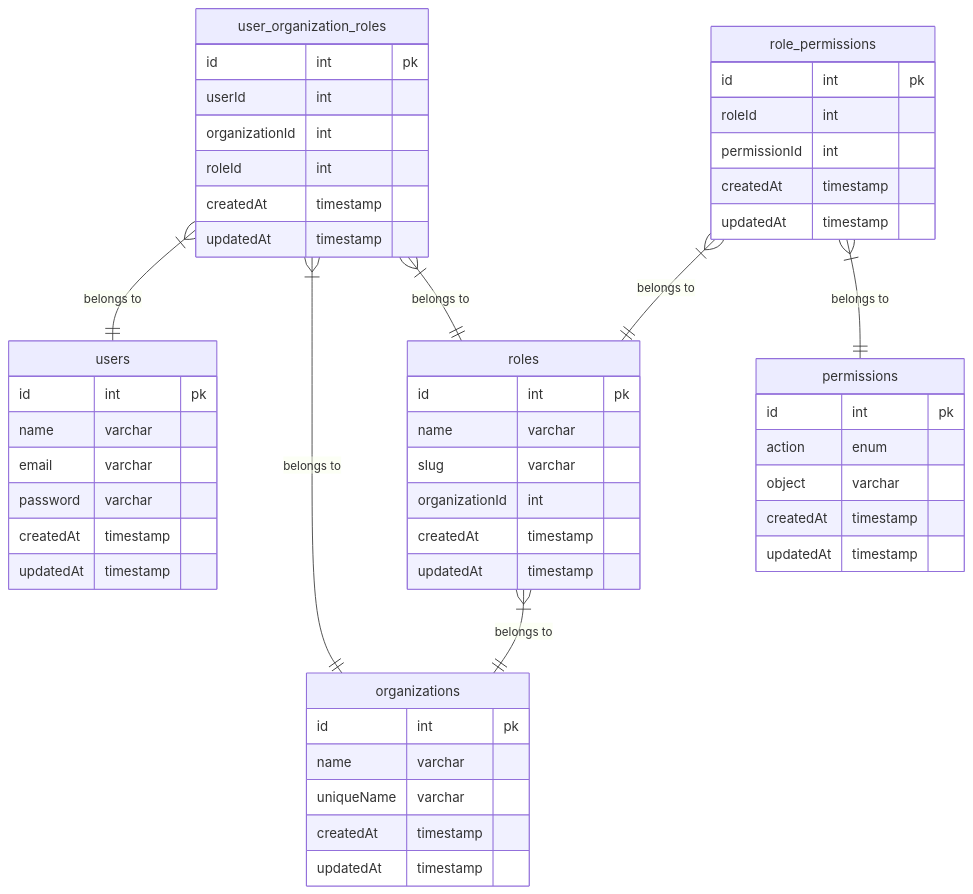
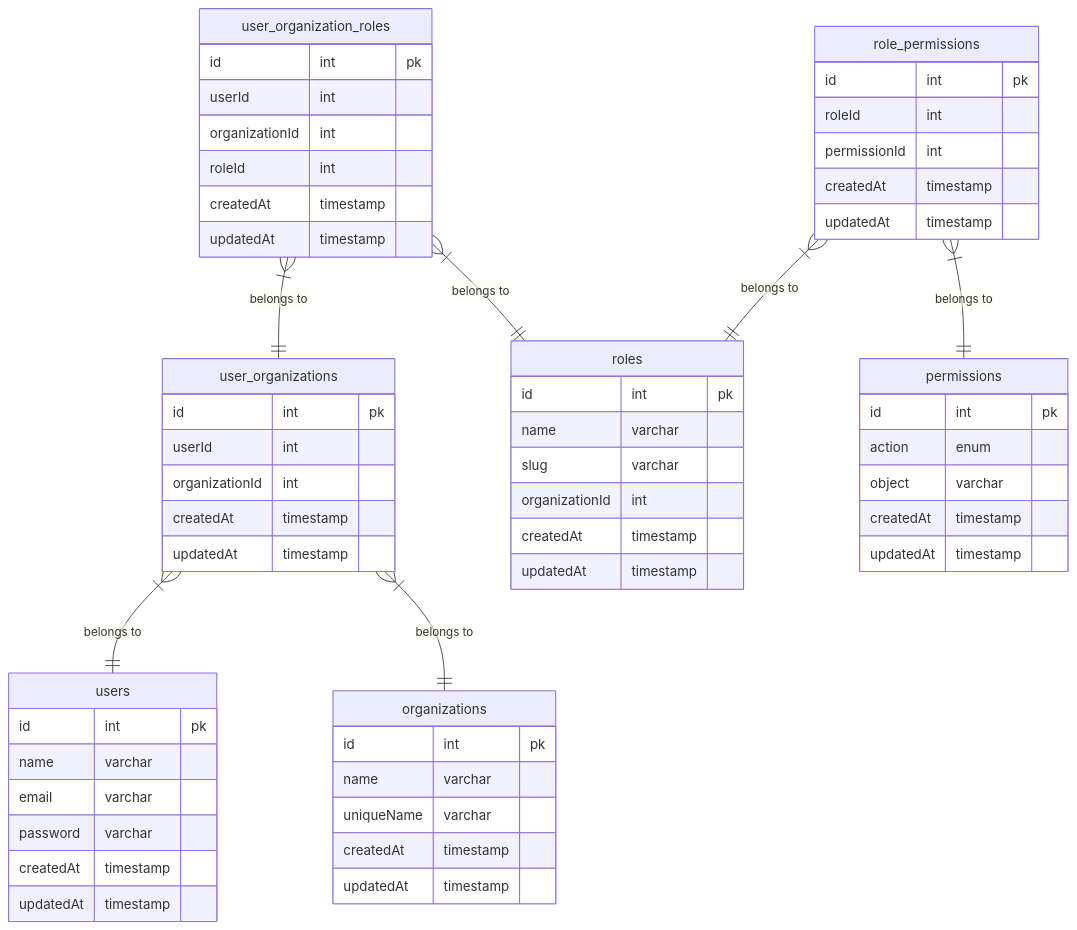
One commit to dylan751/ramen changed the diagram in docs/db-schema/README.md. Above: the diagram before and after it, drawn with Mermaid. The commit also changed 26 other files, not shown here.

````diff
--- a/docs/db-schema/README.md
+++ b/docs/db-schema/README.md
@@ -15,60 +15,68 @@
 ```mermaid
 erDiagram
     organizations {
         id int pk
         name varchar
         uniqueName varchar
         createdAt timestamp
         updatedAt timestamp
     }
 
     roles {
         id int pk
         name varchar
         slug varchar
         organizationId int
         createdAt timestamp
         updatedAt timestamp
     }
 
     users {
         id int pk
         name varchar
         email varchar
         password varchar
+        createdAt timestamp
+        updatedAt timestamp
+    }
+
+    user_organizations {
+        id int pk
+        userId int
+        organizationId int
         createdAt timestamp
         updatedAt timestamp
     }
 
     user_organization_roles {
         id int pk
         userId int
         organizationId int
         roleId int
         createdAt timestamp
         updatedAt timestamp
     }
 
     permissions {
         id int pk
         action enum
         object varchar
         createdAt timestamp
         updatedAt timestamp
     }
 
     role_permissions {
         id int pk
         roleId int
         permissionId int
         createdAt timestamp
         updatedAt timestamp
     }
 
-    roles }|--|| organizations : "belongs to"
-    user_organization_roles }|--|| users : "belongs to"
-    user_organization_roles }|--|| organizations : "belongs to"
+    user_organizations }|--|| users : "belongs to"
+    user_organizations }|--|| organizations : "belongs to"
+    user_organization_roles }|--|| user_organizations : "belongs to"
     user_organization_roles }|--|| roles : "belongs to"
     role_permissions }|--|| roles : "belongs to"
     role_permissions }|--|| permissions : "belongs to"
 ```
````
